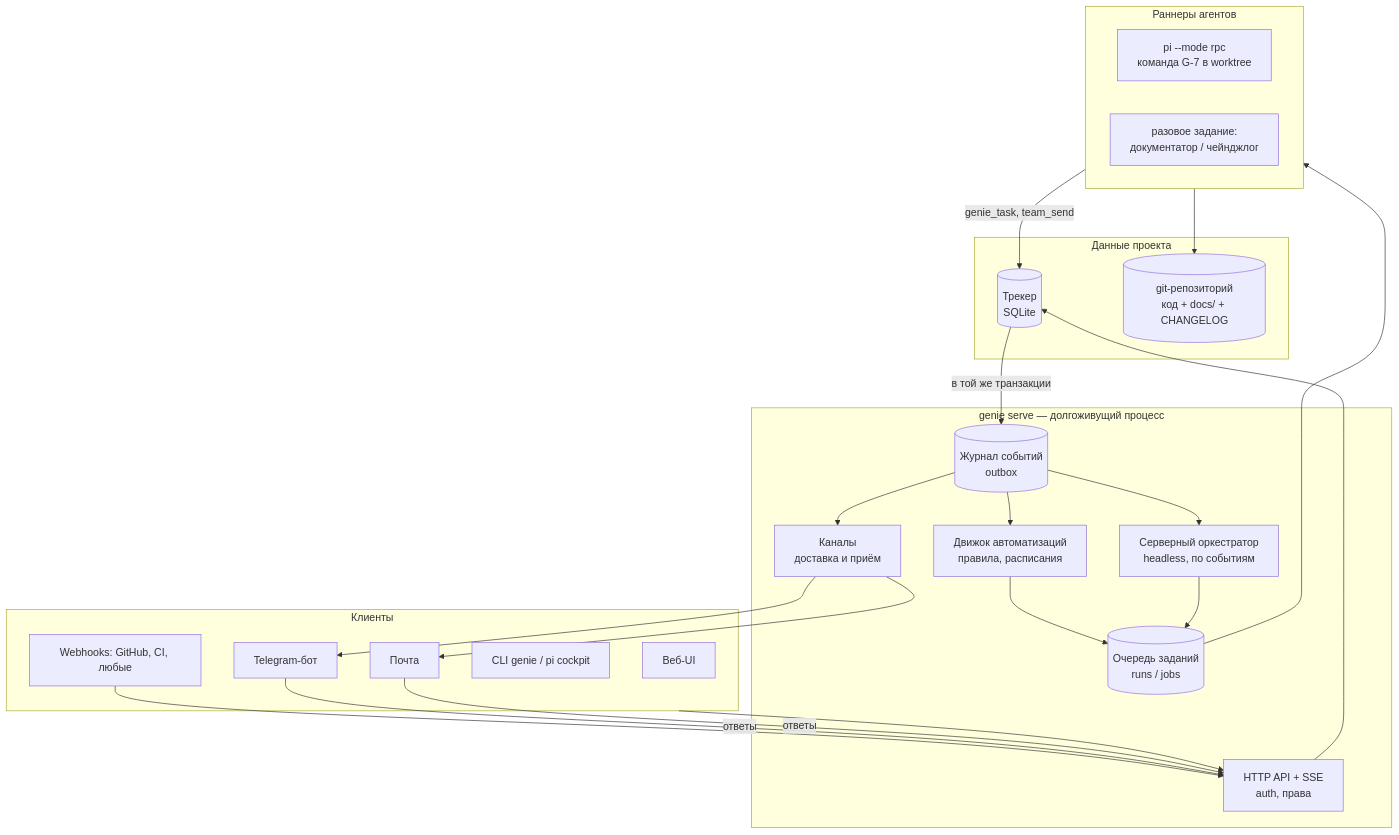
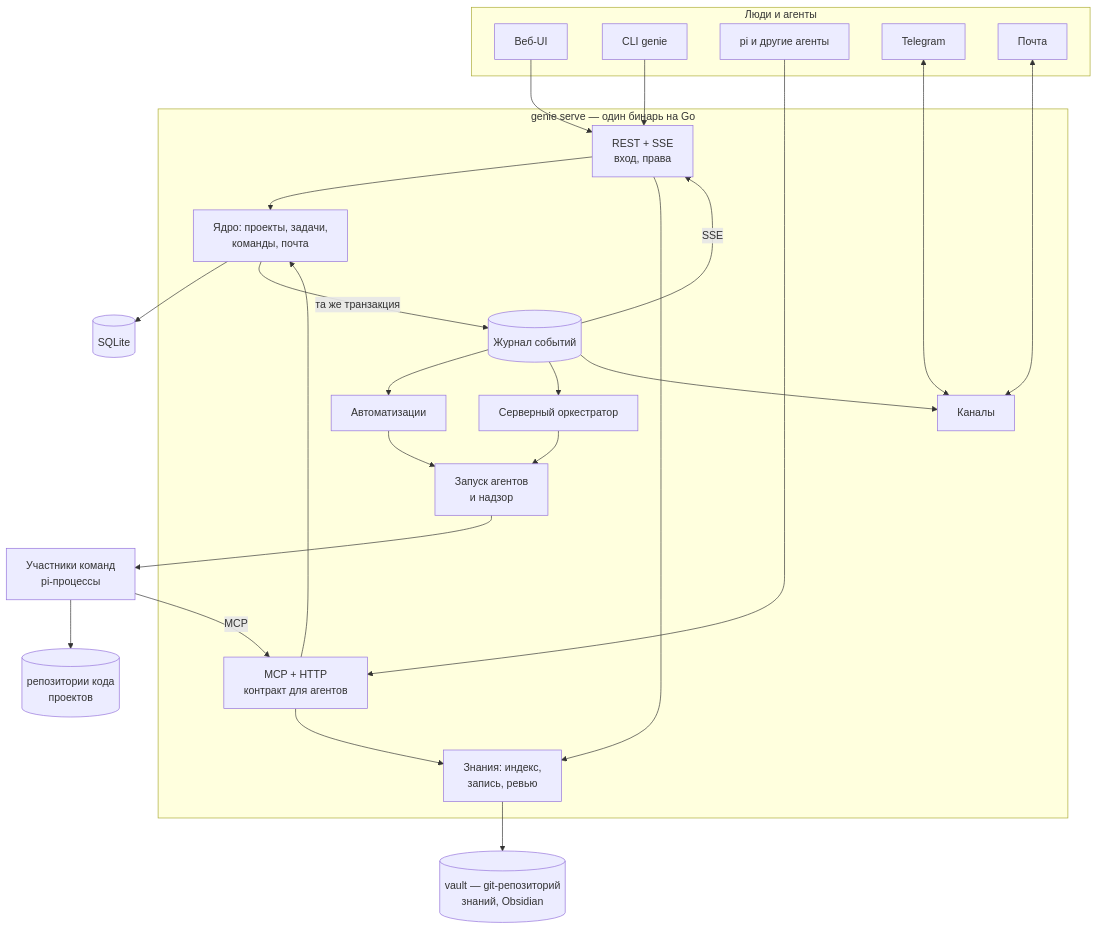
One commit to StepanDubrovin/genie changed the diagram in docs/platform/vision.md. Above: the diagram before and after it, drawn with Mermaid. The commit also changed other lines of this file and 5 other files, not shown here.

````diff
--- a/docs/platform/vision.md
+++ b/docs/platform/vision.md
@@ -52,46 +65,49 @@
 ```mermaid
 flowchart TB
-  subgraph Clients[Клиенты]
+  subgraph Clients[Люди и агенты]
     WEB[Веб-UI]
-    TG[Telegram-бот]
+    CLI[CLI genie]
+    AG[pi и другие агенты]
+    TG[Telegram]
     MAIL[Почта]
-    CLI[CLI genie / pi cockpit]
-    HOOKS[Webhooks: GitHub, CI, любые]
   end
 
-  subgraph Server[genie serve — долгоживущий процесс]
-    API[HTTP API + SSE<br/>auth, права]
-    EV[(Журнал событий<br/>outbox)]
-    AUTO[Движок автоматизаций<br/>правила, расписания]
-    Q[(Очередь заданий<br/>runs / jobs)]
-    ORCH[Серверный оркестратор<br/>headless, по событиям]
-    CH[Каналы<br/>доставка и приём]
+  subgraph Server[genie serve — один бинарь на Go]
+    API[REST + SSE<br/>вход, права]
+    MCP[MCP + HTTP<br/>контракт для агентов]
+    CORE[Ядро: проекты, задачи,<br/>команды, почта]
+    EV[(Журнал событий)]
+    AUTO[Автоматизации]
+    ORCH[Серверный оркестратор]
+    CH[Каналы]
+    RT[Запуск агентов<br/>и надзор]
+    KB[Знания: индекс,<br/>запись, ревью]
   end
 
-  subgraph Runners[Раннеры агентов]
-    R1[pi --mode rpc<br/>команда G-7 в worktree]
-    R2[разовое задание:<br/>документатор / чейнджлог]
-  end
+  DB[(SQLite)]
+  VAULT[(vault — git-репозиторий<br/>знаний, Obsidian)]
+  CODE[(репозитории кода<br/>проектов)]
+  RUN[Участники команд<br/>pi-процессы]
 
-  subgraph Data[Данные проекта]
-    TR[(Трекер<br/>SQLite)]
-    GIT[(git-репозиторий<br/>код + docs/ + CHANGELOG)]
-  end
-
-  Clients --> API
-  HOOKS --> API
-  API --> TR
-  TR -->|в той же транзакции| EV
+  WEB --> API
+  CLI --> API
+  AG --> MCP
+  TG <--> CH
+  MAIL <--> CH
+  API --> CORE
+  MCP --> CORE
+  API --> KB
+  MCP --> KB
+  CORE --> DB
+  CORE -->|та же транзакция| EV
   EV --> AUTO
   EV --> ORCH
   EV --> CH
-  AUTO --> Q
-  ORCH --> Q
-  Q --> Runners
-  Runners -->|genie_task, team_send| TR
-  Runners --> GIT
-  CH --> TG
-  CH --> MAIL
-  TG -->|ответы| API
-  MAIL -->|ответы| API
+  EV -->|SSE| API
+  AUTO --> RT
+  ORCH --> RT
+  RT --> RUN
+  RUN -->|MCP| MCP
+  RUN --> CODE
+  KB --> VAULT
 ```
````
